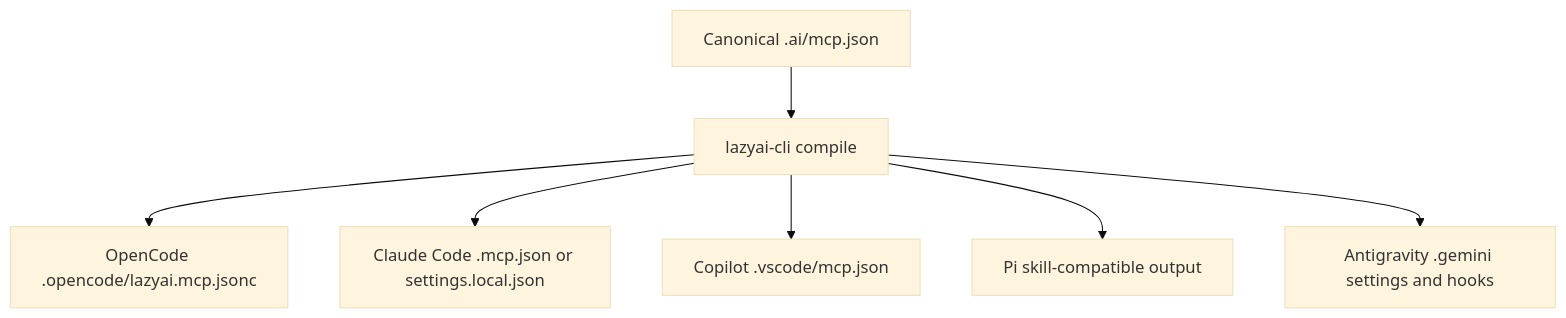
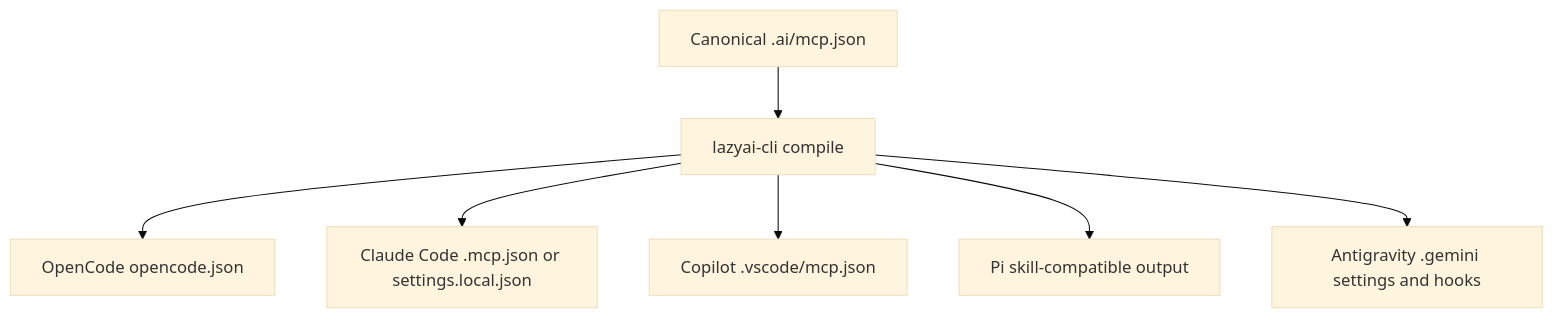
Before and after one commit to rluisb/lazyai: the first of 2 diagrams in docs/concepts/how-it-works.md, drawn with Mermaid (base theme). The commit also changed other lines of this file and 11 other files, not shown here.

````diff
--- a/docs/concepts/how-it-works.md
+++ b/docs/concepts/how-it-works.md
@@ -37,9 +35,9 @@
 ```mermaid
 flowchart TD
     A[Canonical .ai/mcp.json] --> B[lazyai-cli compile]
-    B --> C[OpenCode .opencode/lazyai.mcp.jsonc]
+    B --> C["OpenCode opencode.json"]
     B --> D[Claude Code .mcp.json or settings.local.json]
     B --> E[Copilot .vscode/mcp.json]
     B --> F[Pi skill-compatible output]
     B --> G[Antigravity .gemini settings and hooks]
 ```
````
